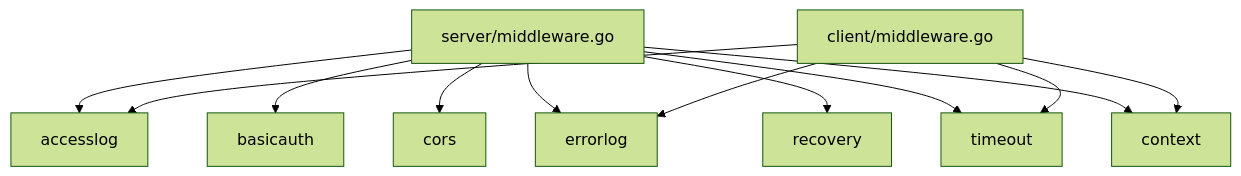
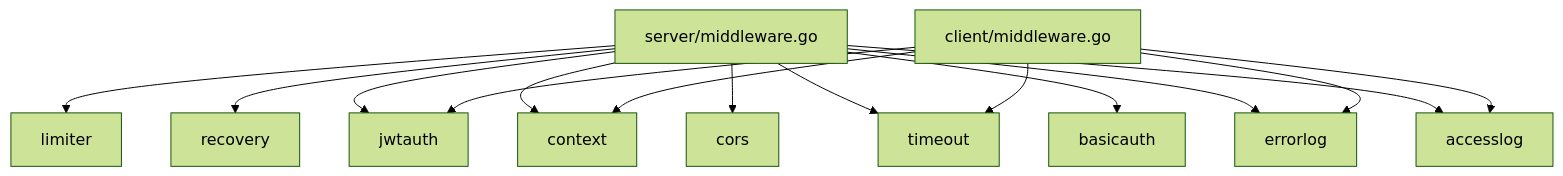
Diagram 12 of 12 in .agents/repowiki/zh/content/中间件系统/中间件系统.md (soyacen/goose), drawn with Mermaid (forest theme) before and after one commit. The commit also changed other lines of this file and 11 other files, not shown here.

First line of the commit message:
feat(stream): implement WebSocket connection handlers for client, server, and bidirectional streams

````diff
--- a/.agents/repowiki/zh/content/中间件系统/中间件系统.md
+++ b/.agents/repowiki/zh/content/中间件系统/中间件系统.md
@@ -565,14 +674,17 @@
 ```mermaid
 graph TD
 CoreServer["server/middleware.go"] --> AccessLog["accesslog"]
 CoreServer --> BasicAuth["basicauth"]
 CoreServer --> CORS["cors"]
 CoreServer --> ErrorLog["errorlog"]
 CoreServer --> Recovery["recovery"]
 CoreServer --> Timeout["timeout"]
 CoreServer --> Context["context"]
+CoreServer --> JWTAuth["jwtauth"]
+CoreServer --> Limiter["limiter"]
 CoreClient["client/middleware.go"] --> AccessLog
 CoreClient --> ErrorLog
 CoreClient --> Timeout
 CoreClient --> Context
+CoreClient --> JWTAuth
 ```
````
